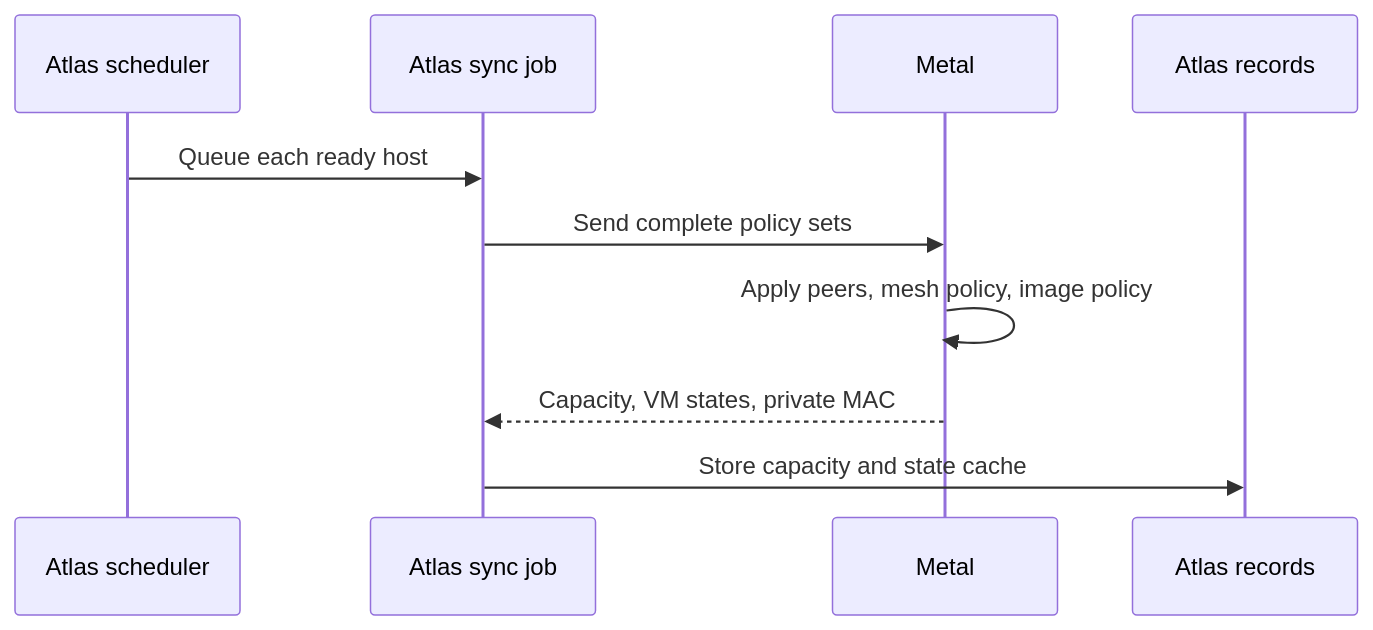
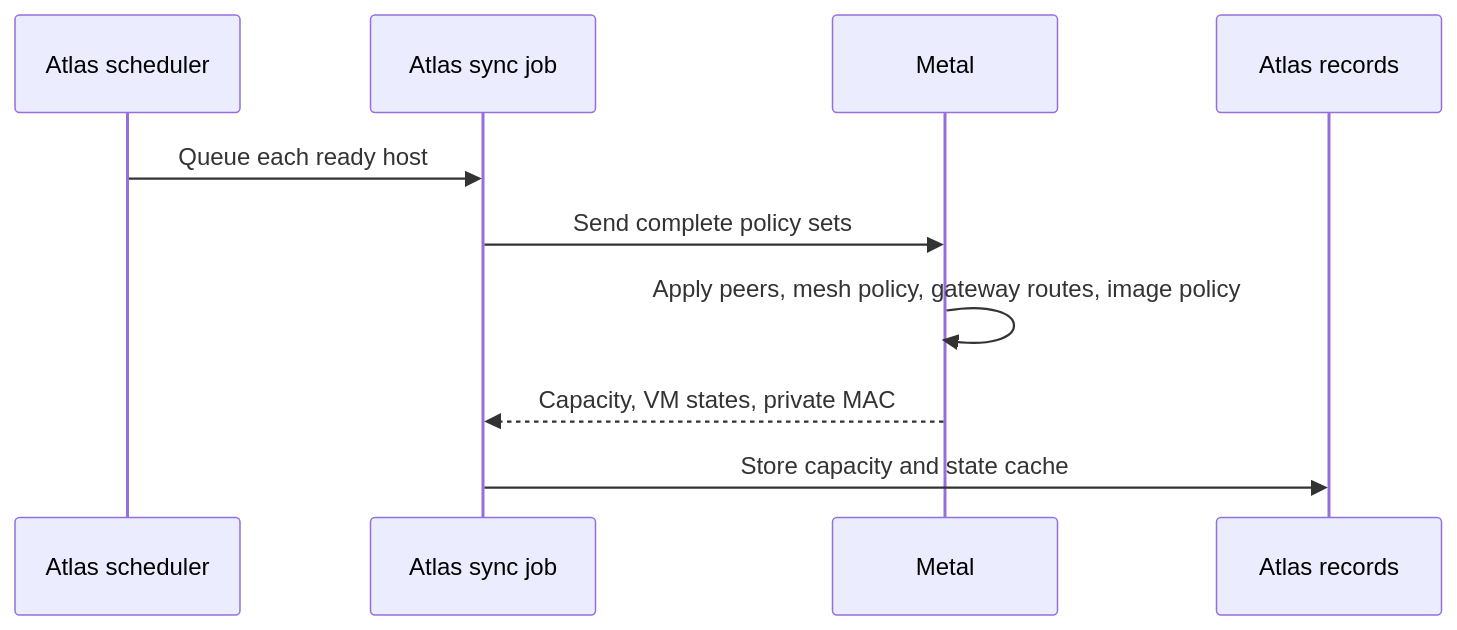
One commit to frappe/atlas changed the diagram in docs/region/host-sync.md. Above: the diagram before and after it, drawn with Mermaid. The commit also changed other lines of this file and 16 other files, not shown here.

Commit message:
refactor(atlas): Send gateway return routes through host sync

````diff
--- a/docs/region/host-sync.md
+++ b/docs/region/host-sync.md
@@ -14,12 +14,12 @@
 ```mermaid
 sequenceDiagram
     participant Scheduler as Atlas scheduler
     participant Atlas as Atlas sync job
     participant Metal
     participant Records as Atlas records
     Scheduler->>Atlas: Queue each ready host
     Atlas->>Metal: Send complete policy sets
-    Metal->>Metal: Apply peers, mesh policy, image policy
+    Metal->>Metal: Apply peers, mesh policy, gateway routes, image policy
     Metal-->>Atlas: Capacity, VM states, private MAC
     Atlas->>Records: Store capacity and state cache
 ```
````
